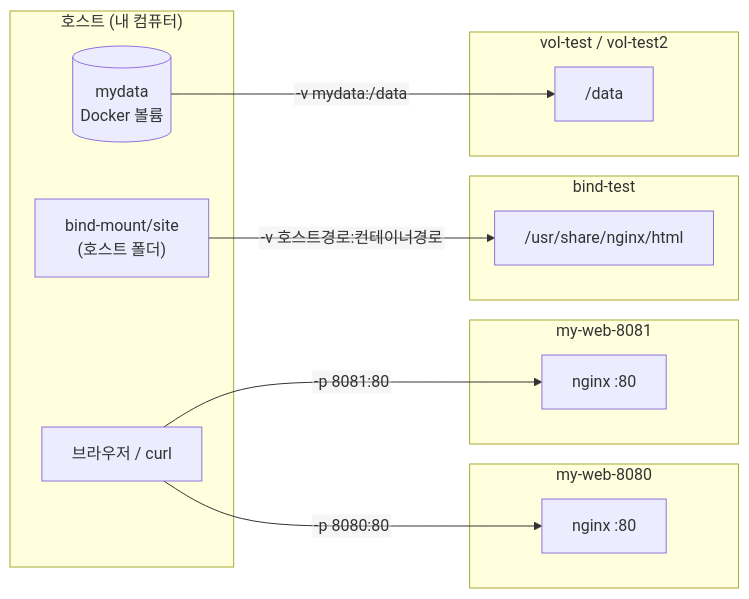
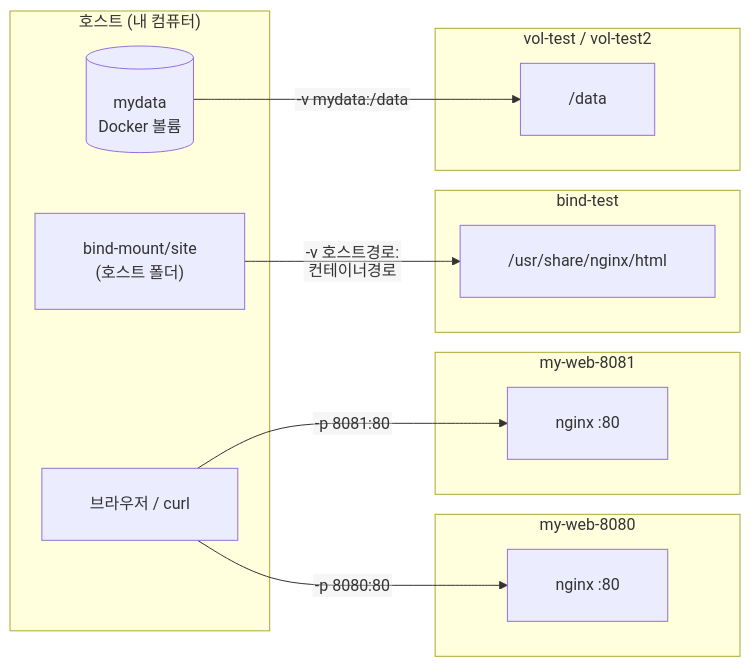
One commit to ilililililil4319/E1-1 changed the third of 3 diagrams in README.md. Above: the diagram before and after it, drawn with Mermaid. The commit also changed other lines of this file, not shown here.

Commit message:
Docs: 흐름도·연결 구조도 상자 글자가 잘리지 않도록 여백 추가
- 상자 안 여백(padding 24)을 늘려 글꼴 폭 차이로 끝 글자가 잘리는 것 방지
- 긴 화살표 글자('-v 호스트경로:컨테이너경로')를 2줄로 나눔

````diff
--- a/README.md
+++ b/README.md
@@ -426,25 +426,25 @@
 ```mermaid
-%%{init: {'flowchart': {'htmlLabels': false}}}%%
+%%{init: {'flowchart': {'htmlLabels': false, 'padding': 24}}}%%
 flowchart LR
     subgraph HOST["호스트 (내 컴퓨터)"]
         BR["브라우저 / curl"]
         DIR["bind-mount/site<br/>(호스트 폴더)"]
         VOL[("mydata<br/>Docker 볼륨")]
     end
     subgraph C1["my-web-8080"]
         N1["nginx :80"]
     end
     subgraph C2["my-web-8081"]
         N2["nginx :80"]
     end
     subgraph C3["bind-test"]
         H3["/usr/share/nginx/html"]
     end
     subgraph C4["vol-test / vol-test2"]
         D4["/data"]
     end
     BR -- "-p 8080:80" --> N1
     BR -- "-p 8081:80" --> N2
-    DIR -- "-v 호스트경로:컨테이너경로" --> H3
+    DIR -- "-v 호스트경로:<br/>컨테이너경로" --> H3
     VOL -- "-v mydata:/data" --> D4
 ```
````
